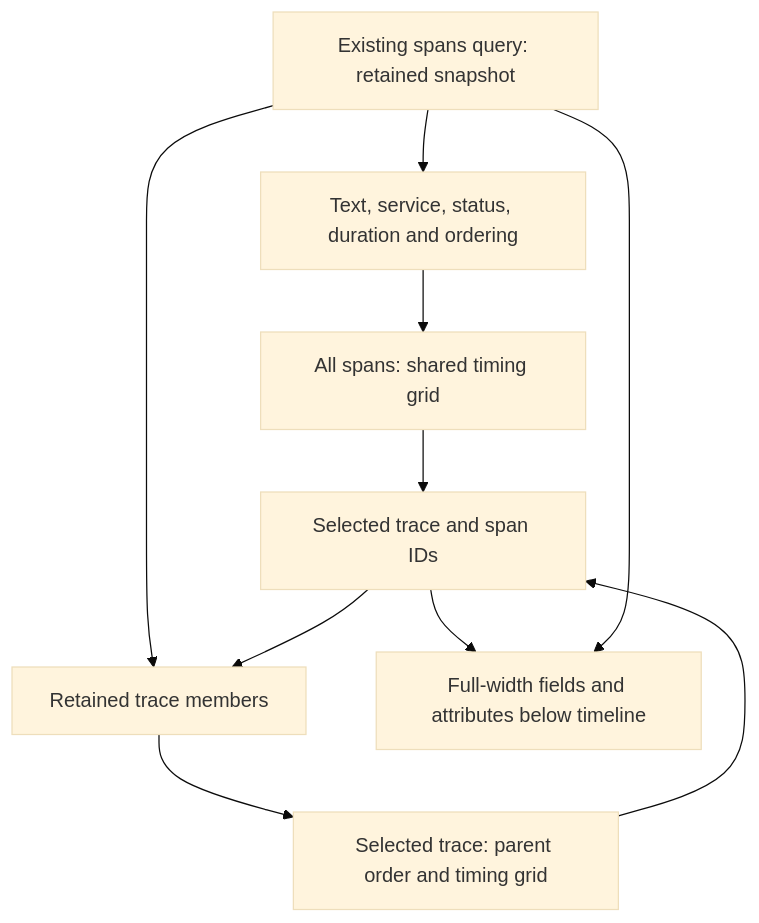
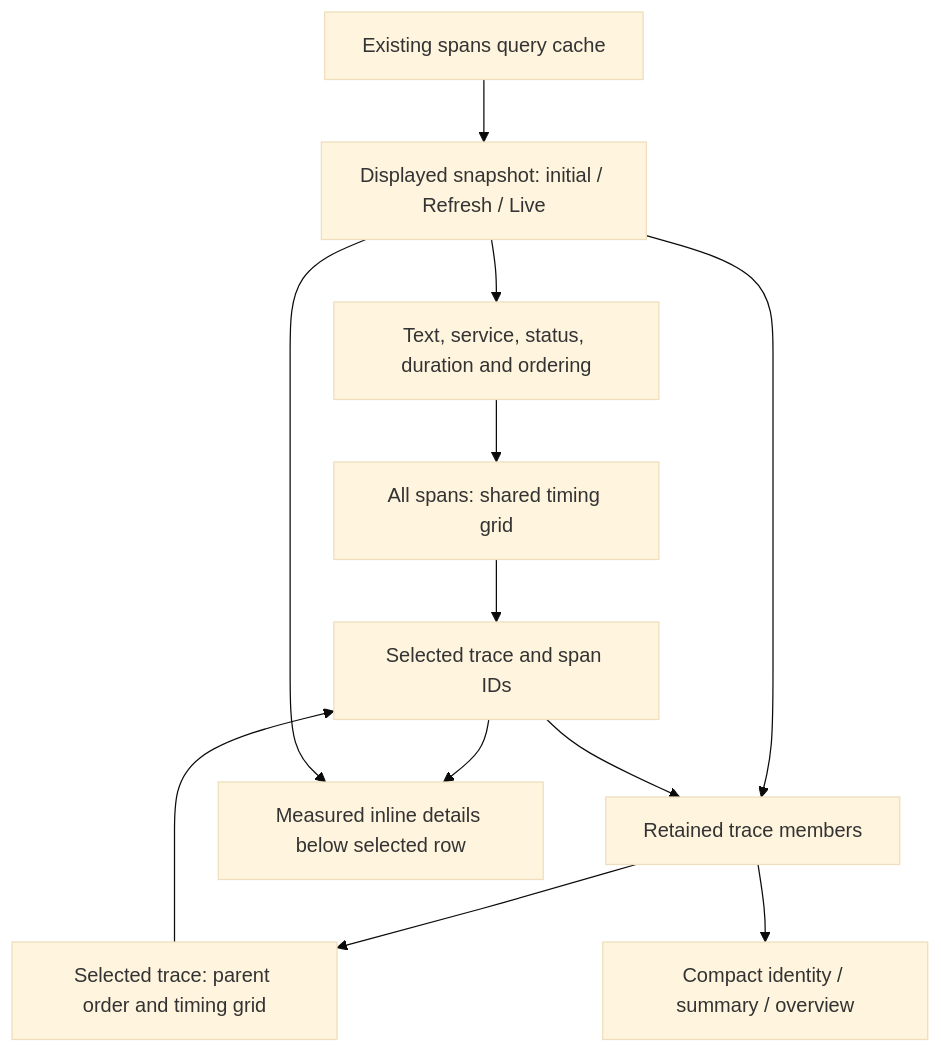
Before and after one commit to baander-app/baander: the diagram in docs/plans/2026-11-21-1002-feat-admin-span-inspector-plan.md, drawn with Mermaid (base theme). The commit also changed other lines of this file, not shown here.

First line of the commit message:
docs: align trace inspection with the supplied Jaeger references

````diff
--- a/docs/plans/2026-11-21-1002-feat-admin-span-inspector-plan.md
+++ b/docs/plans/2026-11-21-1002-feat-admin-span-inspector-plan.md
@@ -82,12 +87,14 @@
 ```mermaid
 flowchart TD
-  API[Existing spans query: retained snapshot] --> Search[Text, service, status, duration and ordering]
+  API[Existing spans query cache] --> Display[Displayed snapshot: initial / Refresh / Live]
+  Display --> Search[Text, service, status, duration and ordering]
   Search --> All[All spans: shared timing grid]
   All --> Selection[Selected trace and span IDs]
-  API --> Trace[Retained trace members]
+  Display --> Trace[Retained trace members]
   Selection --> Trace
   Trace --> Waterfall[Selected trace: parent order and timing grid]
   Waterfall --> Selection
-  Selection --> Details[Full-width fields and attributes below timeline]
-  API --> Details
+  Trace --> Summary[Compact identity / summary / overview]
+  Selection --> Details[Measured inline details below selected row]
+  Display --> Details
 ```
````
